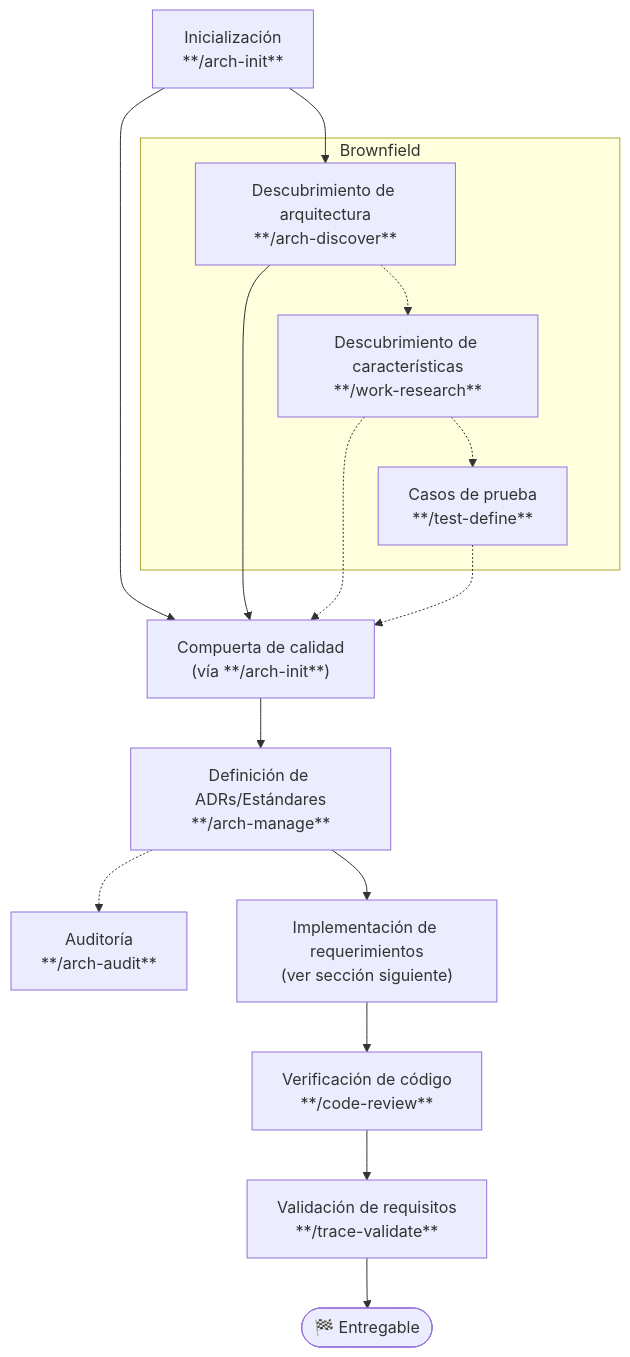
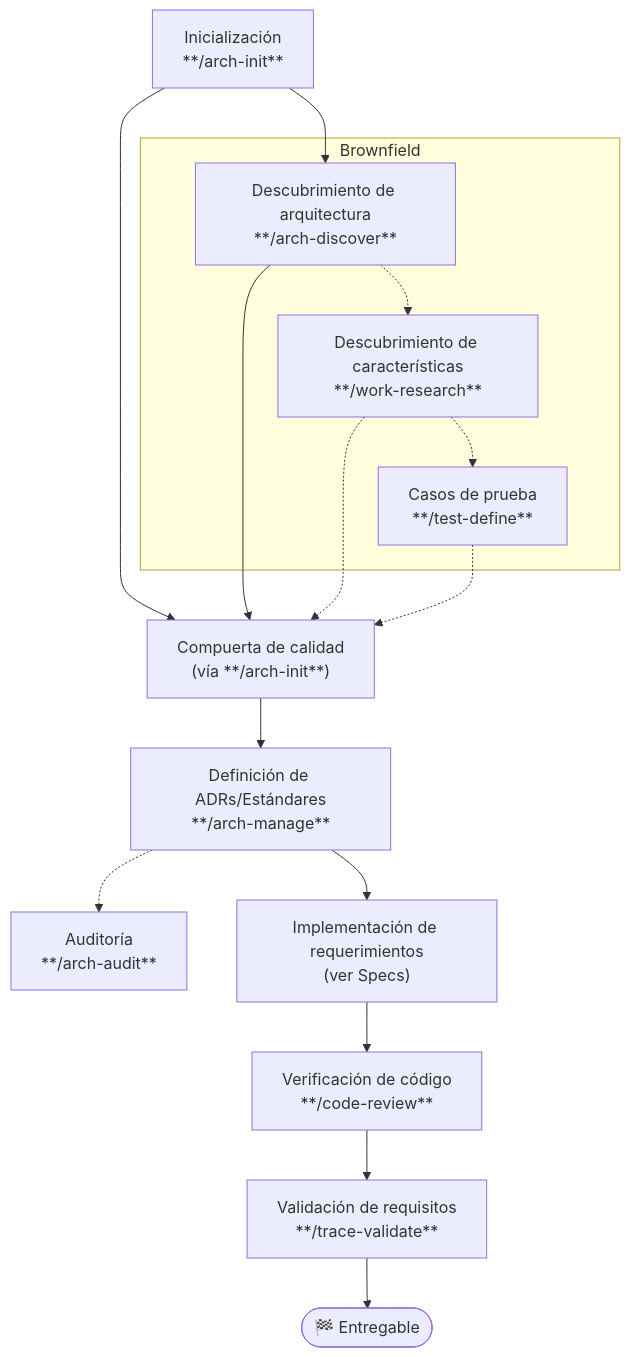
Before and after one commit to juanca202/ai: the first of 2 diagrams in README.md, drawn with Mermaid. The commit also changed other lines of this file and 33 other files, not shown here.

````diff
--- a/README.md
+++ b/README.md
@@ -41,20 +37,20 @@
 ```mermaid
 flowchart TD
     INIT["Inicialización<br/>**/arch-init**"]
     subgraph BF["Brownfield"]
         BA["Descubrimiento de arquitectura<br/>**/arch-discover**"]
         BA -.-> WR["Descubrimiento de características<br/>**/work-research**"]
         WR -.-> TD["Casos de prueba<br/>**/test-define**"]
     end
     INIT --> BA
     INIT --> T["Compuerta de calidad<br/>(vía **/arch-init**)"]
     BA --> T
     WR -.-> T
     TD -.-> T
     T --> S["Definición de ADRs/Estándares<br/>**/arch-manage**"]
     S -.-> AUD["Auditoría<br/>**/arch-audit**"]
-    S --> IMPL["Implementación de requerimientos<br/>(ver sección siguiente)"]
+    S --> IMPL["Implementación de requerimientos<br/>(ver Specs)"]
     IMPL --> V1["Verificación de código<br/>**/code-review**"]
     V1 --> V2["Validación de requisitos<br/>**/trace-validate**"]
     V2 --> DONE(["🏁 Entregable"])
 ```
````
